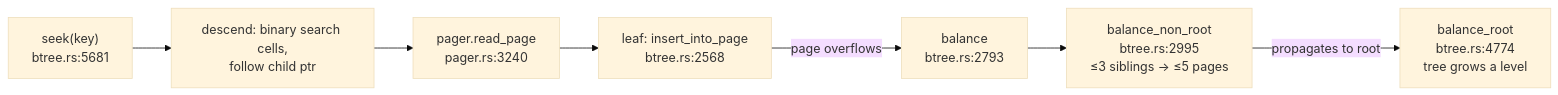
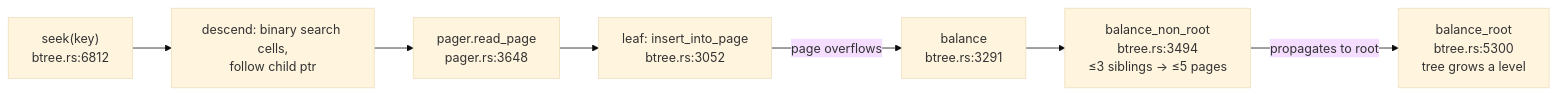
Before and after one commit to AviAvni/database-learning-path: the diagram in topics/01-storage-engine-landscape/reading-turso-btree.md, drawn with Mermaid (base theme). The commit also changed other lines of this file and 26 other files, not shown here.

````diff
--- a/topics/01-storage-engine-landscape/reading-turso-btree.md
+++ b/topics/01-storage-engine-landscape/reading-turso-btree.md
@@ -347,9 +371,9 @@
 ```mermaid
 flowchart LR
-    S["seek(key)<br/>btree.rs:5681"] --> D["descend: binary search cells,<br/>follow child ptr"]
-    D --> PG["pager.read_page<br/>pager.rs:3240"]
-    PG --> L["leaf: insert_into_page<br/>btree.rs:2568"]
-    L -- page overflows --> B["balance<br/>btree.rs:2793"]
-    B --> BNR["balance_non_root<br/>btree.rs:2995<br/>≤3 siblings → ≤5 pages"]
-    BNR -- propagates to root --> BR["balance_root<br/>btree.rs:4774<br/>tree grows a level"]
+    S["seek(key)<br/>btree.rs:6812"] --> D["descend: binary search cells,<br/>follow child ptr"]
+    D --> PG["pager.read_page<br/>pager.rs:3648"]
+    PG --> L["leaf: insert_into_page<br/>btree.rs:3052"]
+    L -- page overflows --> B["balance<br/>btree.rs:3291"]
+    B --> BNR["balance_non_root<br/>btree.rs:3494<br/>≤3 siblings → ≤5 pages"]
+    BNR -- propagates to root --> BR["balance_root<br/>btree.rs:5300<br/>tree grows a level"]
 ```
````
